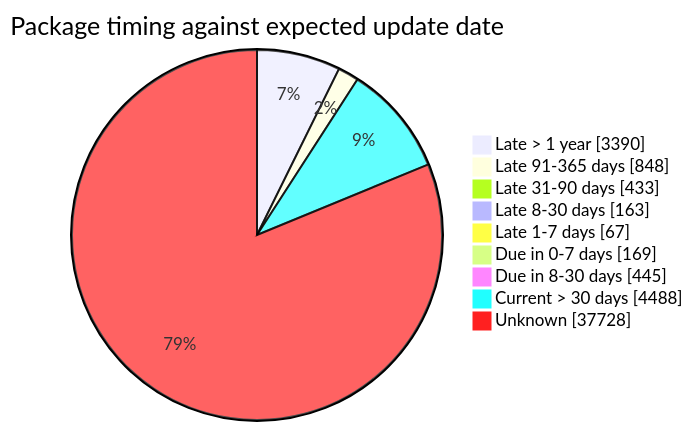
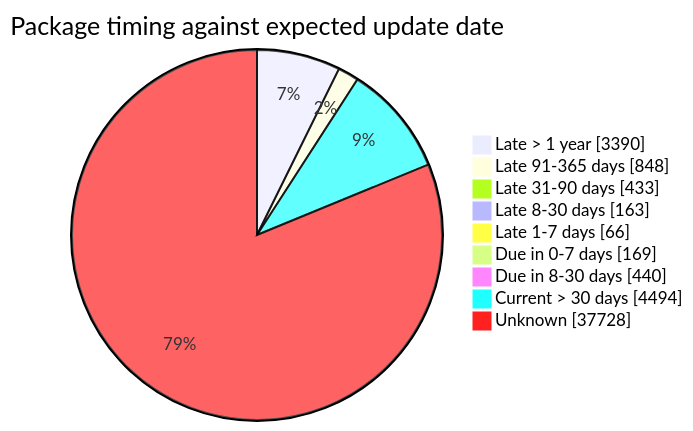
One commit to open-data/analytics-corporate-reporting changed the fourth of 5 diagrams in FreshCheck/README.md. Above: the diagram before and after it, drawn with Mermaid. The commit also changed other lines of this file and 3 other files, not shown here.

````diff
--- a/FreshCheck/README.md
+++ b/FreshCheck/README.md
@@ -86,12 +86,12 @@
 ```mermaid
 pie showData title Package timing against expected update date
     "Late > 1 year": 3390
     "Late 91-365 days": 848
     "Late 31-90 days": 433
     "Late 8-30 days": 163
-    "Late 1-7 days": 67
+    "Late 1-7 days": 66
     "Due in 0-7 days": 169
-    "Due in 8-30 days": 445
-    "Current > 30 days": 4488
+    "Due in 8-30 days": 440
+    "Current > 30 days": 4494
     "Unknown": 37728
 ```
````
